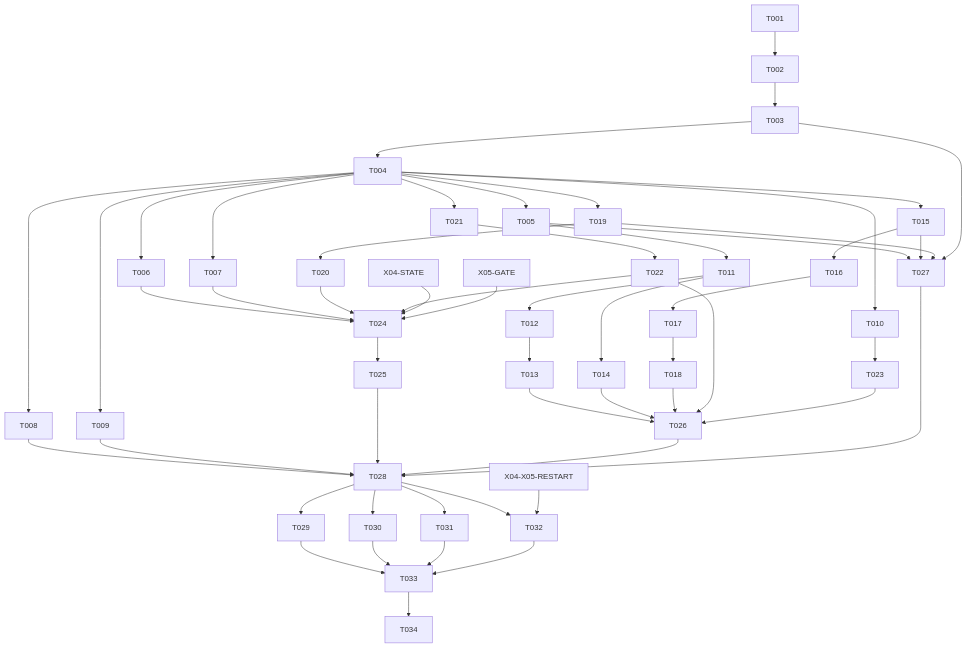
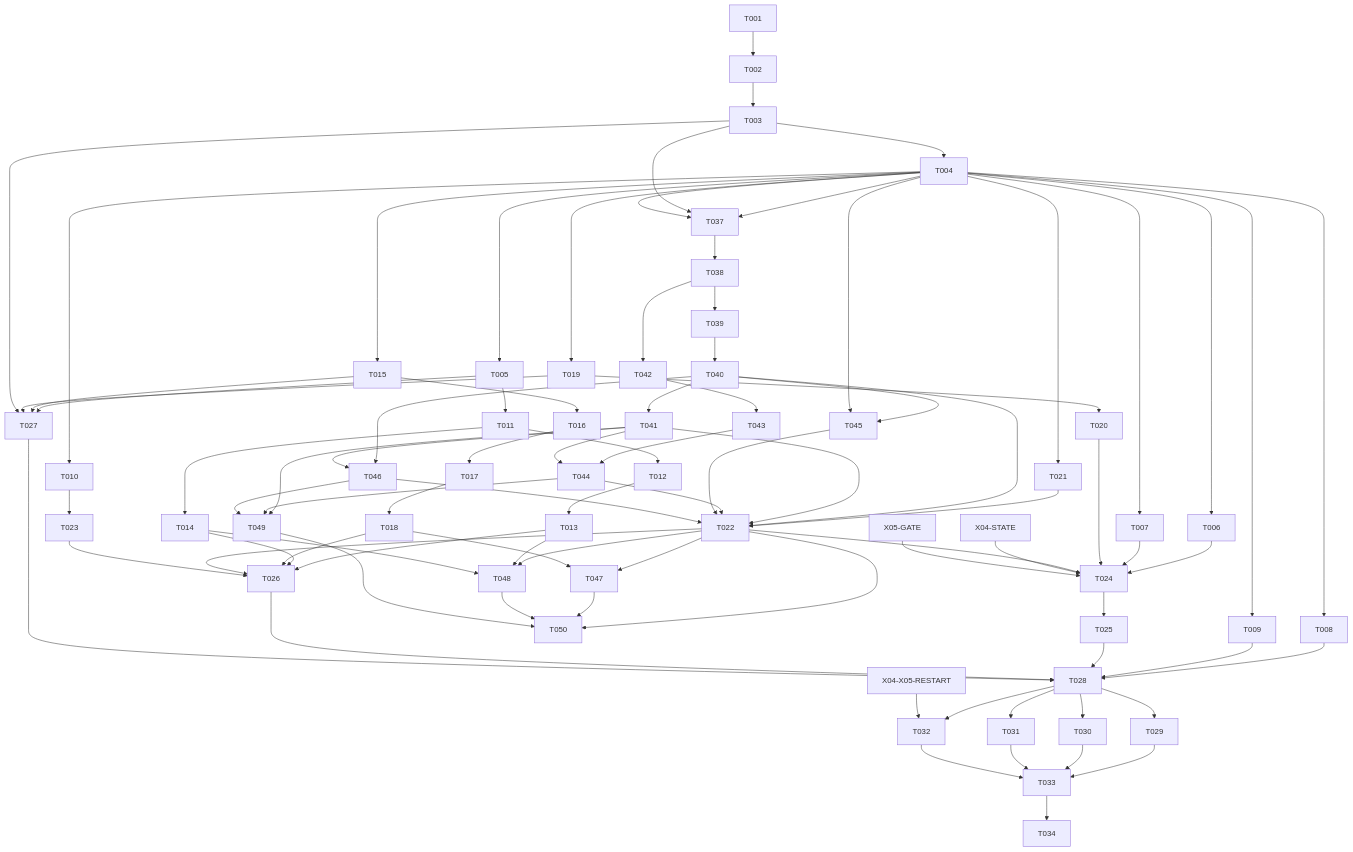
Before and after one commit to pminhtaiii/slop-loop: the diagram in specs/001-verified-code-repair/tasks.md, drawn with Mermaid. The commit also changed other lines of this file and 2 other files, not shown here.

````diff
--- a/specs/001-verified-code-repair/tasks.md
+++ b/specs/001-verified-code-repair/tasks.md
@@ -251,22 +251,31 @@
 ```mermaid
 flowchart TD
     T001 --> T002 --> T003 --> T004
-    T004 --> T005 & T006 & T007 & T008 & T009 & T010 & T015 & T019 & T021
+    T004 --> T005 & T006 & T007 & T008 & T009 & T010 & T015 & T019 & T021 & T037
     T005 --> T011
     T011 --> T012 --> T013
     T011 --> T014
     T015 --> T016 --> T017 --> T018
     T019 --> T020
-    T021 --> T022
     T010 --> T023
+    T003 & T004 --> T037 --> T038 --> T039 --> T040 --> T041
+    T038 --> T042 --> T043 --> T044
+    T041 --> T044
+    T040 & T004 --> T045
+    T040 & T041 --> T046
+    T021 & T040 & T041 & T044 & T045 & T046 --> T022
+    T022 & T018 --> T047
+    T022 & T013 & T014 --> T048
+    T041 & T044 & T046 --> T049
+    T022 & T047 & T048 & T049 --> T050
     T006 & T007 & T020 & T022 --> T024
     X04[X04-STATE] --> T024
     X05[X05-GATE] --> T024
     T024 --> T025
     T013 & T014 & T018 & T022 & T023 --> T026
     T005 & T015 & T019 & T003 --> T027
     T008 & T009 & T025 & T026 & T027 --> T028
     T028 --> T029 & T030 & T031 & T032
     XR[X04-X05-RESTART] --> T032
     T029 & T030 & T031 & T032 --> T033 --> T034
 ```
````
